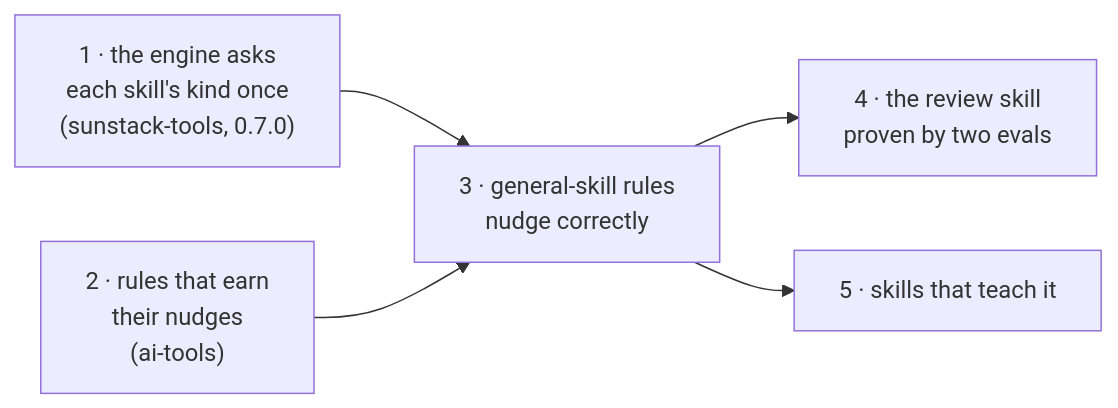
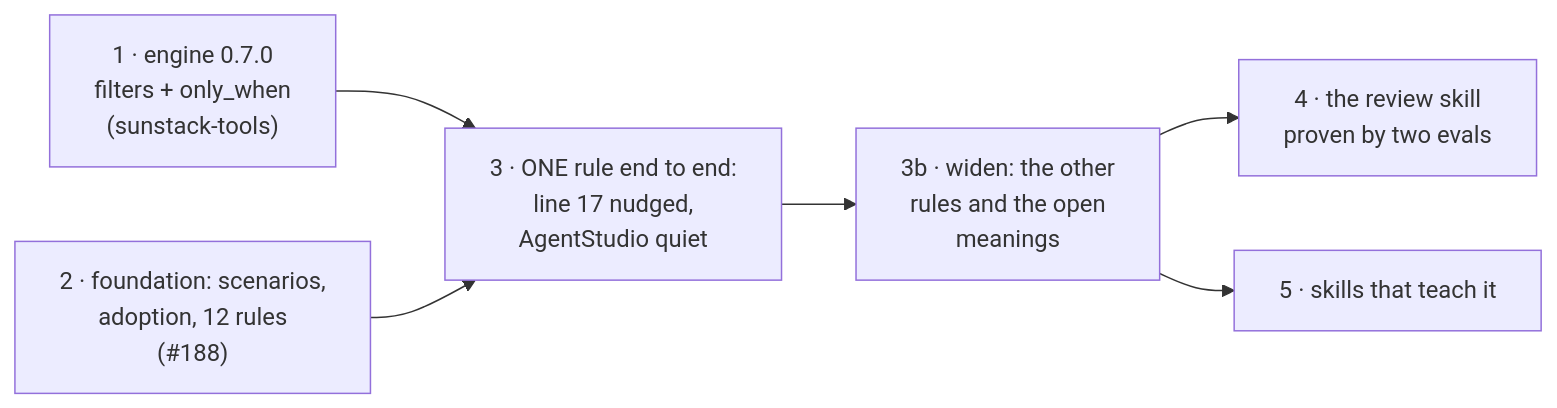
One commit to ShravanSunder/sunstack changed the diagram in docs/specs/2026-11-03-skill-rules/deliverables/index.md. Above: the diagram before and after it, drawn with Mermaid. The commit also changed other lines of this file and 3 other files, not shown here.

Commit message:
docs(skill-rules): re-sequence delivery (one rule end to end, then widen); D1 E1–E5 released (description input, 70% bar)

````diff
--- a/docs/specs/2026-11-03-skill-rules/deliverables/index.md
+++ b/docs/specs/2026-11-03-skill-rules/deliverables/index.md
@@ -5,7 +5,8 @@
 ```mermaid
 flowchart LR
-  D1["1 · the engine asks<br/>each skill's kind once<br/>(sunstack-tools, 0.7.0)"] --> D3
-  D2["2 · rules that earn<br/>their nudges<br/>(ai-tools)"] --> D3
-  D3["3 · general-skill rules<br/>nudge correctly"] --> D4["4 · the review skill<br/>proven by two evals"]
-  D3 --> D5["5 · skills that teach it"]
+  D1["1 · engine 0.7.0<br/>filters + only_when<br/>(sunstack-tools)"] --> D3
+  D2["2 · foundation: scenarios,<br/>adoption, 12 rules<br/>(#188)"] --> D3
+  D3["3 · ONE rule end to end:<br/>line 17 nudged,<br/>AgentStudio quiet"] --> D3b["3b · widen: the other<br/>rules and the open<br/>meanings"]
+  D3b --> D4["4 · the review skill<br/>proven by two evals"]
+  D3b --> D5["5 · skills that teach it"]
 ```
````
